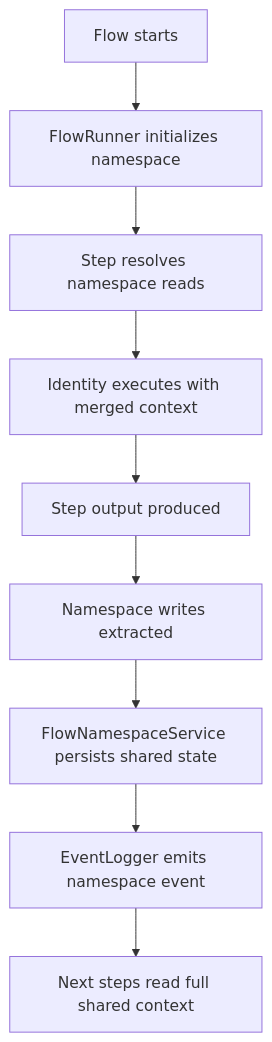
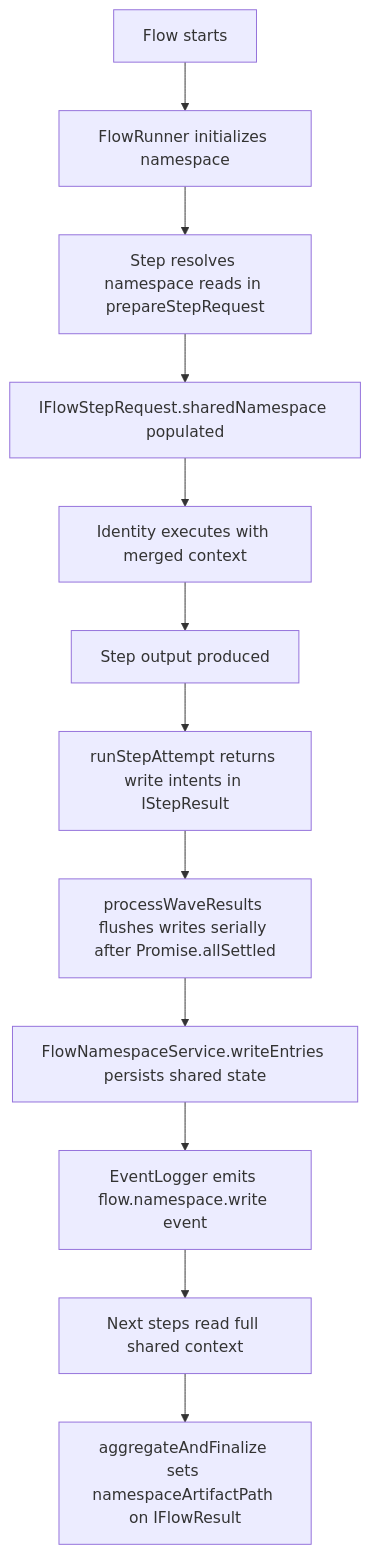
The diagram in .copilot/planning/phase-64-flow-namespace-blackboard.md (dostark/exaix), drawn with Mermaid before and after one commit. The commit also changed other lines of this file, not shown here.

First line of the commit message:
docs(planning): refine phase-64 namespace/blackboard plan (v1.1)

````diff
--- a/.copilot/planning/phase-64-flow-namespace-blackboard.md
+++ b/.copilot/planning/phase-64-flow-namespace-blackboard.md
@@ -115,11 +170,14 @@
 ```mermaid
 flowchart TD
     A[Flow starts] --> B[FlowRunner initializes namespace]
-    B --> C[Step resolves namespace reads]
-    C --> D[Identity executes with merged context]
-    D --> E[Step output produced]
-    E --> F[Namespace writes extracted]
-    F --> G[FlowNamespaceService persists shared state]
-    G --> H[EventLogger emits namespace event]
-    H --> I[Next steps read full shared context]
+    B --> C[Step resolves namespace reads in prepareStepRequest]
+    C --> D[IFlowStepRequest.sharedNamespace populated]
+    D --> E[Identity executes with merged context]
+    E --> F[Step output produced]
+    F --> G[runStepAttempt returns write intents in IStepResult]
+    G --> H[processWaveResults flushes writes serially after Promise.allSettled]
+    H --> I[FlowNamespaceService.writeEntries persists shared state]
+    I --> J[EventLogger emits flow.namespace.write event]
+    J --> K[Next steps read full shared context]
+    K --> L[aggregateAndFinalize sets namespaceArtifactPath on IFlowResult]
 ```
````
